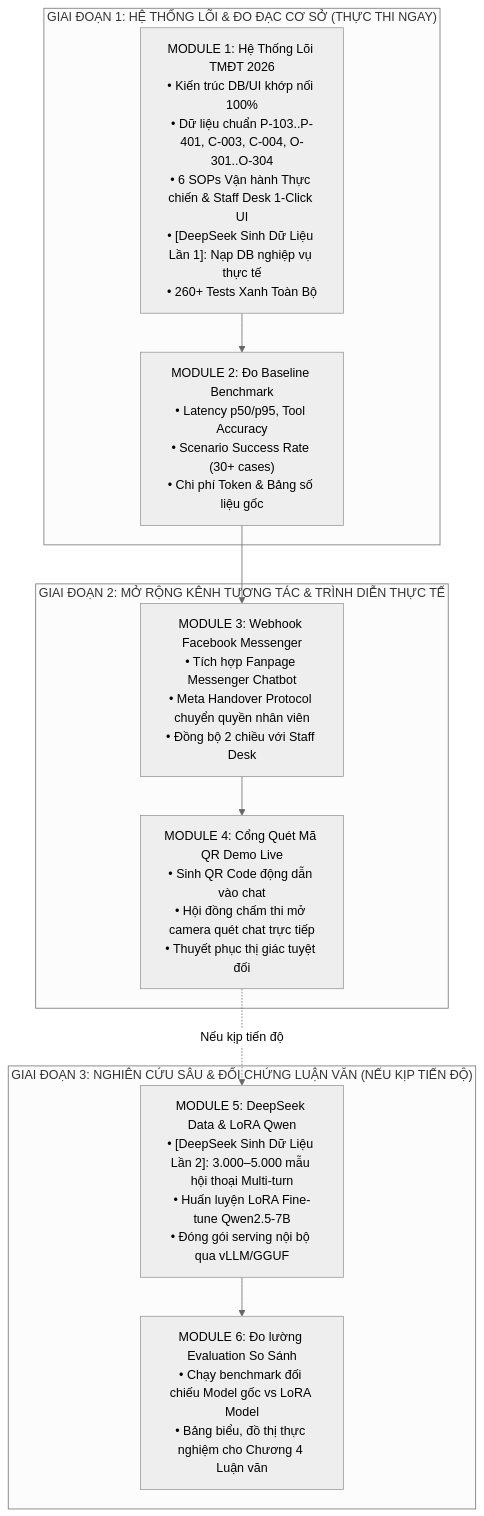
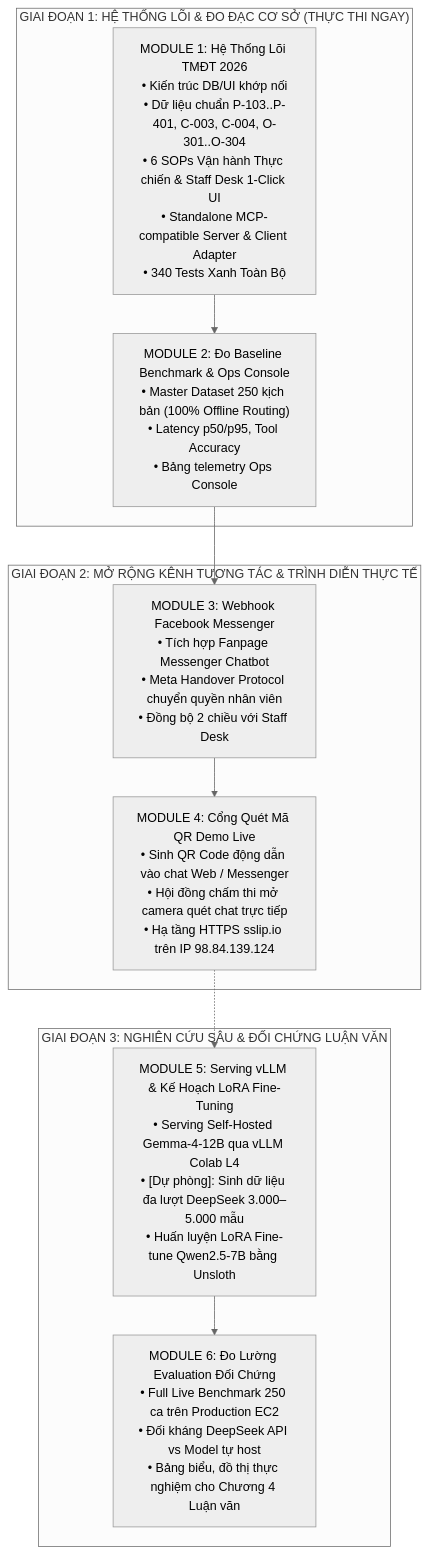
One commit to tuteemovaixlong/CSKH_ban_le changed the diagram in docs/PLAN_ROADMAP_INDEX.md. Above: the diagram before and after it, drawn with Mermaid (neutral theme). The commit also changed other lines of this file and 22 other files, not shown here.

Commit message:
docs: synchronize roadmap, fix plans, and project status with codebase [skip ci]

````diff
--- a/docs/PLAN_ROADMAP_INDEX.md
+++ b/docs/PLAN_ROADMAP_INDEX.md
@@ -10,22 +13,22 @@
 ```mermaid
 flowchart TD
     subgraph PHASE_1["GIAI ĐOẠN 1: HỆ THỐNG LÕI & ĐO ĐẠC CƠ SỞ (THỰC THI NGAY)"]
-        M1["MODULE 1: Hệ Thống Lõi TMĐT 2026<br/>• Kiến trúc DB/UI khớp nối 100%<br/>• Dữ liệu chuẩn P-103..P-401, C-003, C-004, O-301..O-304<br/>• 6 SOPs Vận hành Thực chiến & Staff Desk 1-Click UI<br/>• [DeepSeek Sinh Dữ Liệu Lần 1]: Nạp DB nghiệp vụ thực tế<br/>• 260+ Tests Xanh Toàn Bộ"]
-        M2["MODULE 2: Đo Baseline Benchmark<br/>• Latency p50/p95, Tool Accuracy<br/>• Scenario Success Rate (30+ cases)<br/>• Chi phí Token & Bảng số liệu gốc"]
+        M1["MODULE 1: Hệ Thống Lõi TMĐT 2026<br/>• Kiến trúc DB/UI khớp nối<br/>• Dữ liệu chuẩn P-103..P-401, C-003, C-004, O-301..O-304<br/>• 6 SOPs Vận hành Thực chiến & Staff Desk 1-Click UI<br/>• Standalone MCP-compatible Server & Client Adapter<br/>• 340 Tests Xanh Toàn Bộ"]
+        M2["MODULE 2: Đo Baseline Benchmark & Ops Console<br/>• Master Dataset 250 kịch bản (100% Offline Routing)<br/>• Latency p50/p95, Tool Accuracy<br/>• Bảng telemetry Ops Console"]
         M1 --> M2
     end
 
     subgraph PHASE_2["GIAI ĐOẠN 2: MỞ RỘNG KÊNH TƯƠNG TÁC & TRÌNH DIỄN THỰC TẾ"]
         M3["MODULE 3: Webhook Facebook Messenger<br/>• Tích hợp Fanpage Messenger Chatbot<br/>• Meta Handover Protocol chuyển quyền nhân viên<br/>• Đồng bộ 2 chiều với Staff Desk"]
-        M4["MODULE 4: Cổng Quét Mã QR Demo Live<br/>• Sinh QR Code động dẫn vào chat<br/>• Hội đồng chấm thi mở camera quét chat trực tiếp<br/>• Thuyết phục thị giác tuyệt đối"]
+        M4["MODULE 4: Cổng Quét Mã QR Demo Live<br/>• Sinh QR Code động dẫn vào chat Web / Messenger<br/>• Hội đồng chấm thi mở camera quét chat trực tiếp<br/>• Hạ tầng HTTPS sslip.io trên IP 98.84.139.124"]
         M2 --> M3
         M3 --> M4
     end
 
-    subgraph PHASE_3["GIAI ĐOẠN 3: NGHIÊN CỨU SÂU & ĐỐI CHỨNG LUẬN VĂN (NẾU KỊP TIẾN ĐỘ)"]
-        M5["MODULE 5: DeepSeek Data & LoRA Qwen<br/>• [DeepSeek Sinh Dữ Liệu Lần 2]: 3.000–5.000 mẫu hội thoại Multi-turn<br/>• Huấn luyện LoRA Fine-tune Qwen2.5-7B<br/>• Đóng gói serving nội bộ qua vLLM/GGUF"]
-        M6["MODULE 6: Đo lường Evaluation So Sánh<br/>• Chạy benchmark đối chiếu Model gốc vs LoRA Model<br/>• Bảng biểu, đồ thị thực nghiệm cho Chương 4 Luận văn"]
-        M4 -.->|Nếu kịp tiến độ| M5
+    subgraph PHASE_3["GIAI ĐOẠN 3: NGHIÊN CỨU SÂU & ĐỐI CHỨNG LUẬN VĂN"]
+        M5["MODULE 5: Serving vLLM & Kế Hoạch LoRA Fine-Tuning<br/>• Serving Self-Hosted Gemma-4-12B qua vLLM Colab L4<br/>• [Dự phòng]: Sinh dữ liệu đa lượt DeepSeek 3.000–5.000 mẫu<br/>• Huấn luyện LoRA Fine-tune Qwen2.5-7B bằng Unsloth"]
+        M6["MODULE 6: Đo Lường Evaluation Đối Chứng<br/>• Full Live Benchmark 250 ca trên Production EC2<br/>• Đối kháng DeepSeek API vs Model tự host<br/>• Bảng biểu, đồ thị thực nghiệm cho Chương 4 Luận văn"]
+        M4 -.-> M5
         M5 --> M6
     end
 ```
````
